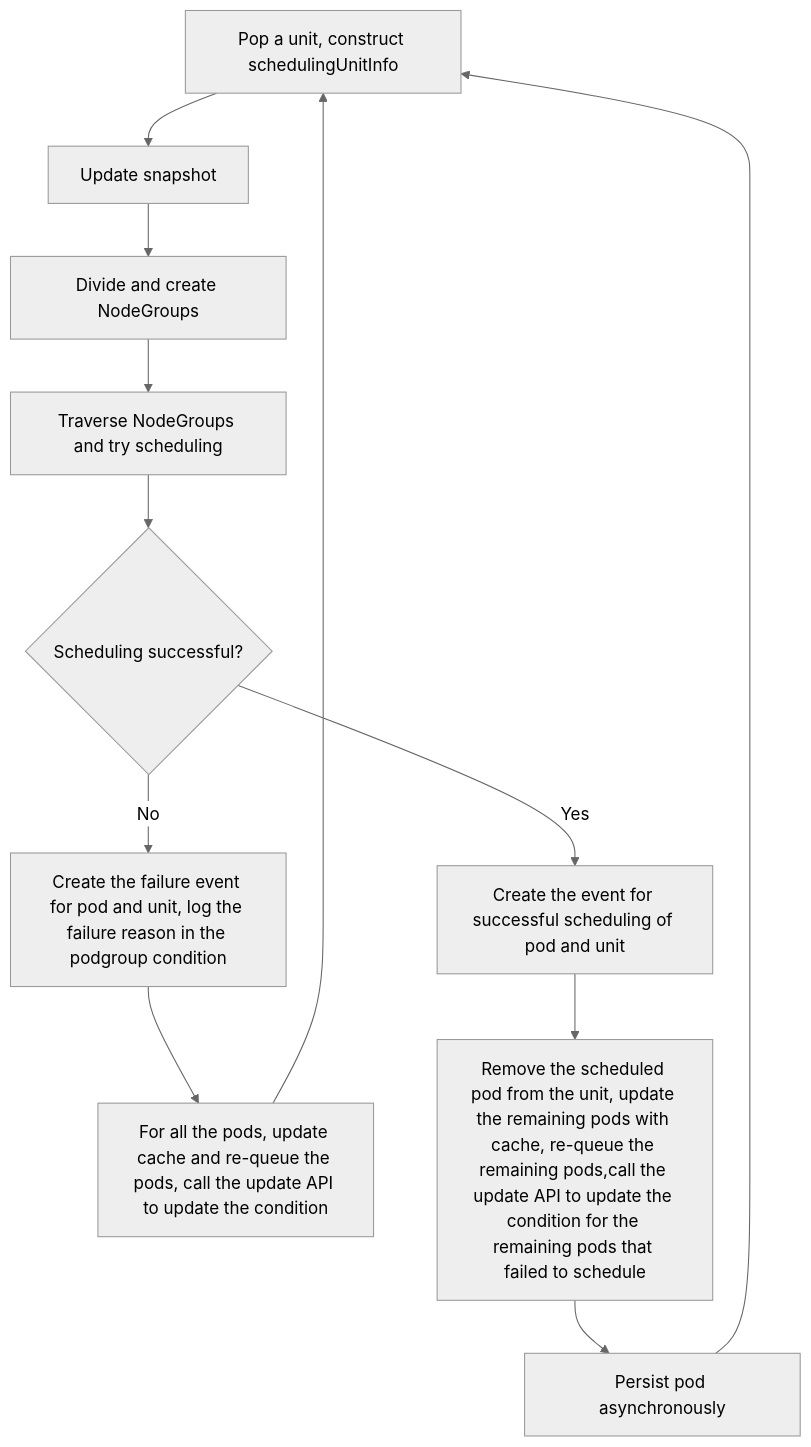
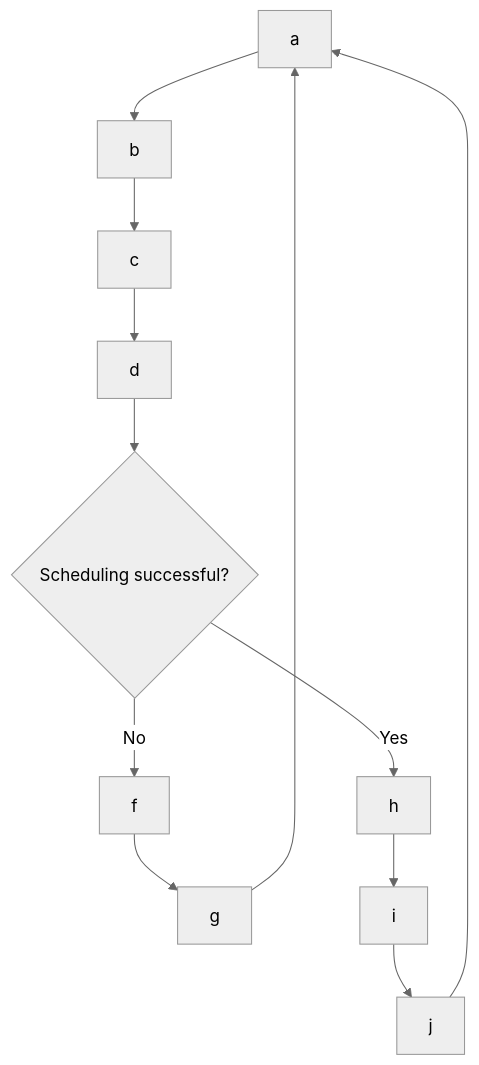
Before and after one commit to sxy390/godel-scheduler: the diagram in docs/functionality/job-level-affinity/job-level-affinity-overview.md, drawn with Mermaid (neutral theme).

Commit message:
simplify

````diff
--- a/docs/functionality/job-level-affinity/job-level-affinity-overview.md
+++ b/docs/functionality/job-level-affinity/job-level-affinity-overview.md
@@ -163,14 +163,14 @@
 ```mermaid
 graph TD
-    A[Pop a unit, construct schedulingUnitInfo] --> B[Update snapshot]
-    B --> C[Divide and create NodeGroups]
-    C --> D[Traverse NodeGroups and try scheduling]
+    A[a] --> B[b]
+    B --> C[c]
+    C --> D[d]
     D --> E{Scheduling successful?}
-    E -- Yes --> H[Create the event for successful scheduling of pod and unit]
-    E -- No --> F[Create the failure event for pod and unit, log the failure reason in the podgroup condition]
-    F --> G[For all the pods, update cache and re-queue the pods, call the update API to update the condition]
-    H --> I[Remove the scheduled pod from the unit, update the remaining pods with cache, re-queue the remaining pods,call the update API to update the condition for the remaining pods that failed to schedule]
-    I --> J[Persist pod asynchronously]
+    E -- Yes --> H[h]
+    E -- No --> F[f]
+    F --> G[g]
+    H --> I[i]
+    I --> J[j]
     G --> A
     J --> A
 ```
````
